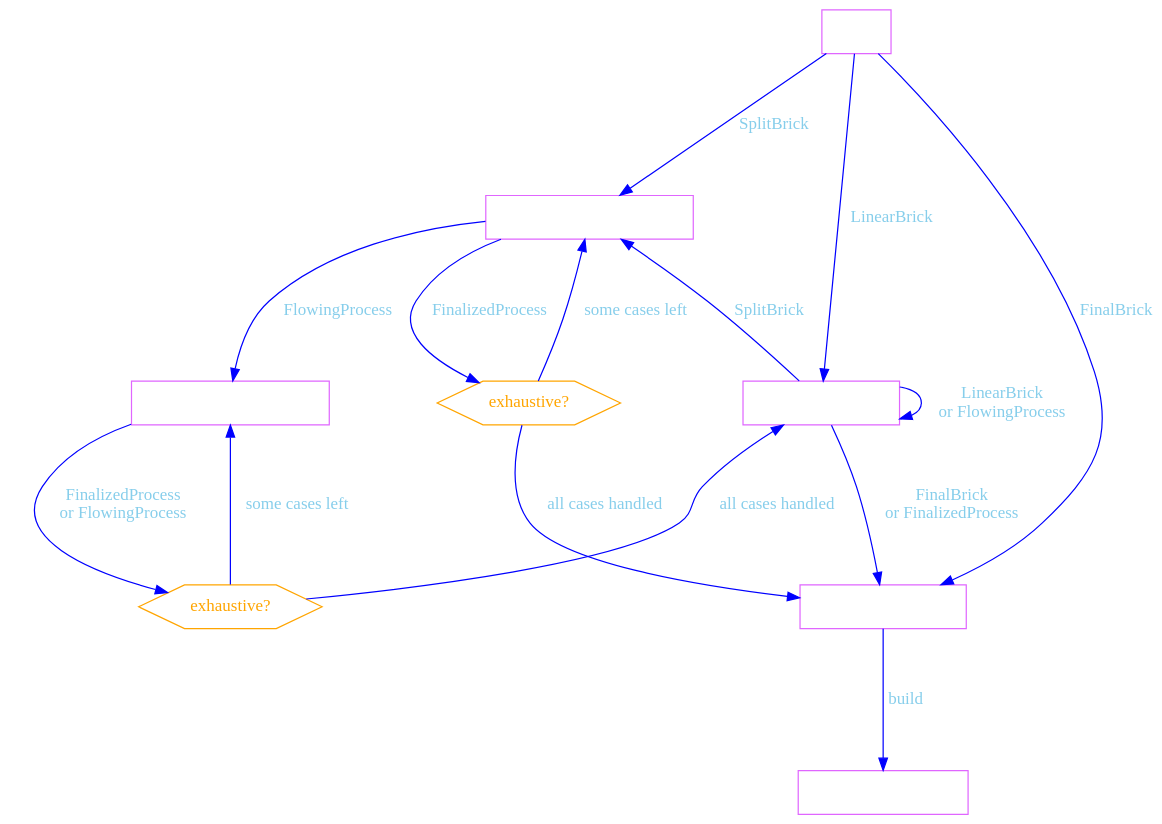
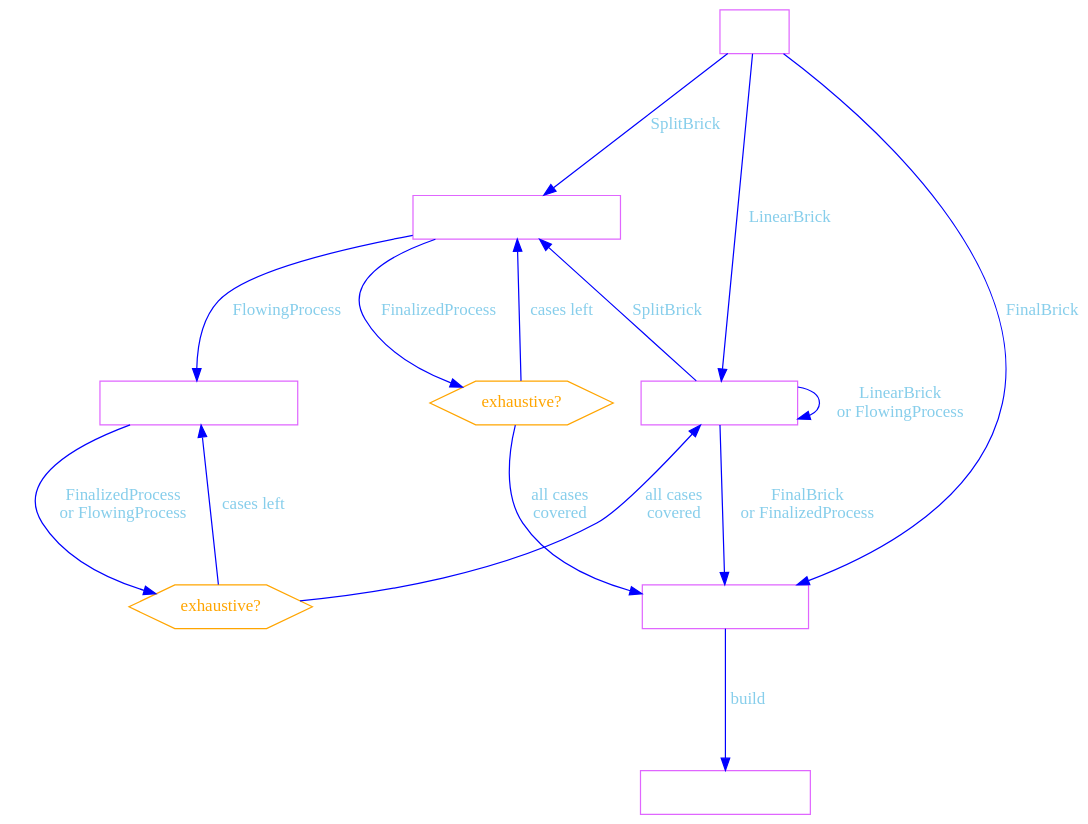
One commit to Only1Loatheb/brrricks changed the diagram in process_builder_common/src/process_builder_diagram.dot. Above: the diagram before and after it, drawn with Graphviz. The commit also changed 2 other files, not shown here.

```diff
--- a/process_builder_common/src/process_builder_diagram.dot
+++ b/process_builder_common/src/process_builder_diagram.dot
@@ -1,39 +1,39 @@
-digraph G {
+digraph {
     # https://dreampuf.github.io/GraphvizOnline/
     bgcolor=transparent
     ranksep=1.4;
 
     Entry [label="Entry", shape=box, color=mediumorchid1, fontcolor=white]
     End [label="RunnableProcess", shape=box, color=mediumorchid1, fontcolor=white]
     FinalizedProcess [label="FinalizedProcess", shape=box, color=mediumorchid1, fontcolor=white]
     FlowingProcess [label="FlowingProcess", shape=box, color=mediumorchid1, fontcolor=white]
 
     subgraph cluster0 {
         color = white;
         FlowingSplitProcess [label="FlowingSplitProcess", shape=box, color=mediumorchid1, fontcolor=white]
         flowing_split_cases [label="exhaustive?", shape=hexagon, color=orange, fontcolor=orange]
     }
     subgraph cluster1 {
         color = white;
         FinalizedSplitProcess [label="FinalizedSplitProcess", shape=box, color=mediumorchid1, fontcolor=white]
         finalized_split_cases_final [label="exhaustive?", shape=hexagon, color=orange, fontcolor=orange]
     }
 
     Entry -> FinalizedProcess [label="FinalBrick", color=blue, fontcolor=skyblue]
     FinalizedProcess -> End [label="build", color=blue, fontcolor=skyblue]
     Entry -> FlowingProcess [label="LinearBrick", color=blue, fontcolor=skyblue]
     FlowingProcess -> FlowingProcess [label="LinearBrick\nor FlowingProcess", color=blue, fontcolor=skyblue]
     FlowingProcess -> FinalizedProcess [label="FinalBrick\nor FinalizedProcess", color=blue, fontcolor=skyblue]
     Entry -> FinalizedSplitProcess [label="SplitBrick", color=blue, fontcolor=skyblue]
     FlowingProcess -> FinalizedSplitProcess [label="SplitBrick", color=blue, fontcolor=skyblue]
 
     FinalizedSplitProcess -> finalized_split_cases_final [label="FinalizedProcess", color=blue, fontcolor=skyblue]
-    finalized_split_cases_final -> FinalizedSplitProcess [label="some cases left", color=blue, fontcolor=skyblue]
-    finalized_split_cases_final -> FinalizedProcess [label="all cases handled", color=blue, fontcolor=skyblue]
+    finalized_split_cases_final -> FinalizedSplitProcess [label="cases left", color=blue, fontcolor=skyblue]
+    finalized_split_cases_final -> FinalizedProcess [label="all cases\ncovered", color=blue, fontcolor=skyblue]
 
     FinalizedSplitProcess -> FlowingSplitProcess [label="FlowingProcess", color=blue, fontcolor=skyblue]
 
     FlowingSplitProcess -> flowing_split_cases [label="FinalizedProcess\nor FlowingProcess", color=blue, fontcolor=skyblue]
-    flowing_split_cases -> FlowingSplitProcess [label="some cases left", color=blue, fontcolor=skyblue]
-    flowing_split_cases -> FlowingProcess [label="all cases handled", color=blue, fontcolor=skyblue]
+    flowing_split_cases -> FlowingSplitProcess [label="cases left", color=blue, fontcolor=skyblue]
+    flowing_split_cases -> FlowingProcess [label="all cases\ncovered", color=blue, fontcolor=skyblue]
 }
```
